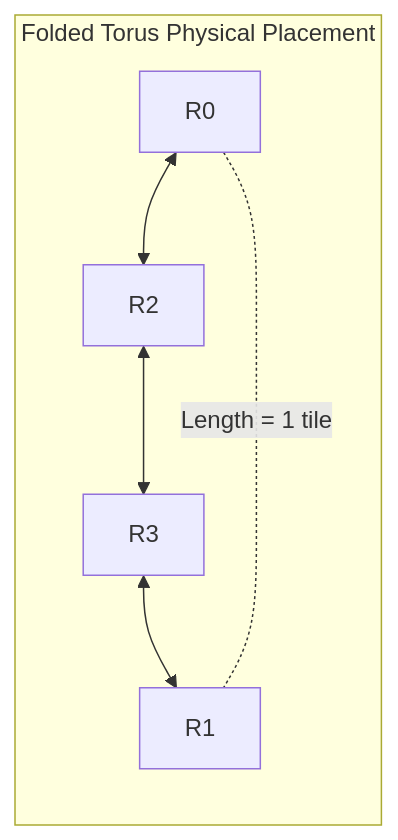
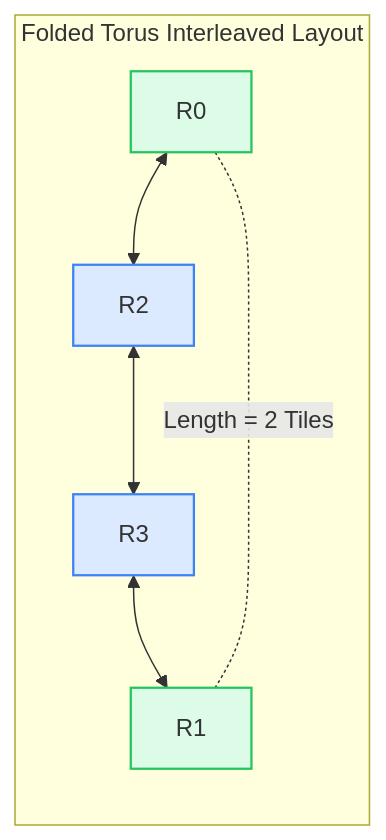
One commit to network-on-chip/learning changed the third of 3 diagrams in docs/track3-topologies/01-direct-topologies.md. Above: the diagram before and after it, drawn with Mermaid. The commit also changed other lines of this file and 11 other files, not shown here.

````diff
--- a/docs/track3-topologies/01-direct-topologies.md
+++ b/docs/track3-topologies/01-direct-topologies.md
@@ -76,7 +138,14 @@
 ```mermaid
 graph LR
-  subgraph Folded_Layout [Folded Torus Physical Placement]
-    Node0["R0"] <--> Node2["R2"] <--> Node3["R3"] <--> Node1["R1"]
-    Node0 -. Length = 1 tile .- Node1
+  subgraph Folded_Torus_Layout ["Folded Torus Interleaved Layout"]
+    N0["R0"] <--> N2["R2"]
+    N2 <--> N3["R3"]
+    N3 <--> N1["R1"]
+    N0 -. "Length = 2 Tiles" .- N1
   end
+
+  style N0 fill:#dcfce7,stroke:#22c55e,stroke-width:1.5px;
+  style N1 fill:#dcfce7,stroke:#22c55e,stroke-width:1.5px;
+  style N2 fill:#dbeafe,stroke:#3b82f6,stroke-width:1.5px;
+  style N3 fill:#dbeafe,stroke:#3b82f6,stroke-width:1.5px;
 ```
````
